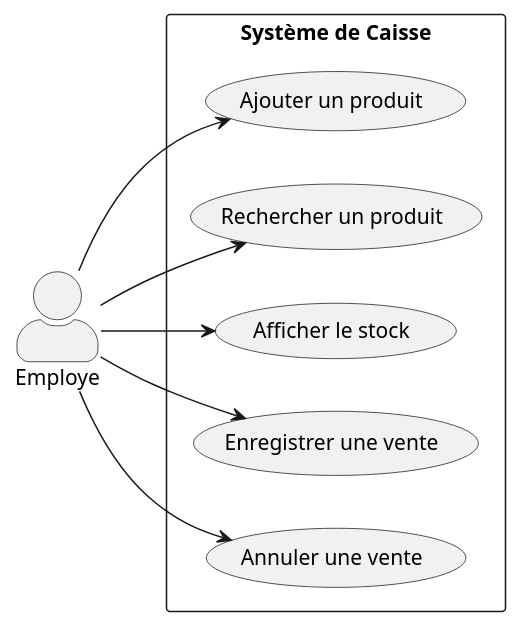
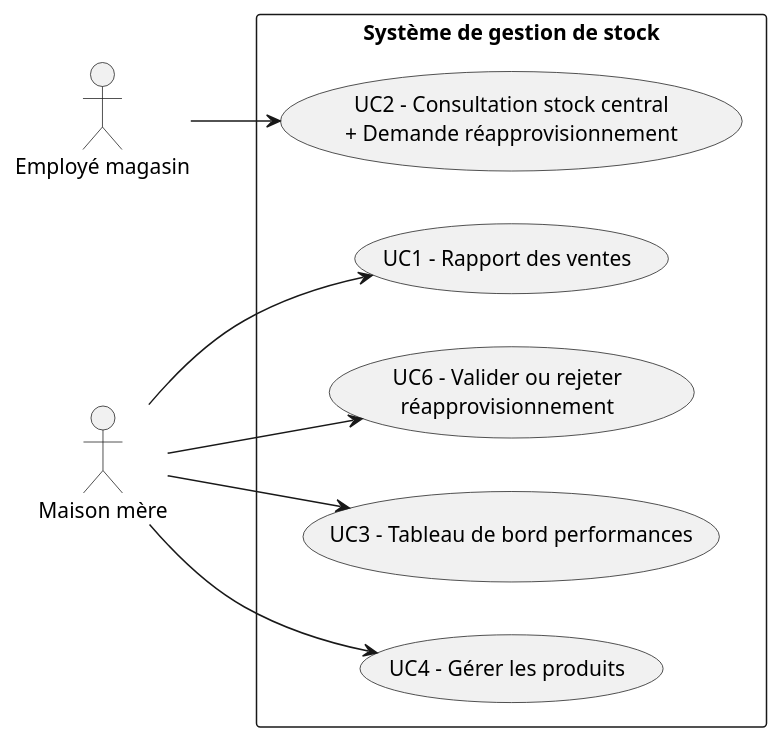
The diagram in docs/UML/vue-cas-utilisation.puml (TalipKoyluoglu/LOG430-Labo3), drawn with PlantUML before and after one commit. The commit also changed 36 other files, not shown here.

```diff
--- a/docs/UML/vue-cas-utilisation.puml
+++ b/docs/UML/vue-cas-utilisation.puml
@@ -1,20 +1,23 @@
-@startuml
+@startuml VueCasUtilisation
 left to right direction
-skinparam actorStyle awesome
+skinparam packageStyle rectangle
 
-actor Employe
+actor "Employé magasin" as Employe
+actor "Maison mère" as Admin
 
-rectangle "Système de Caisse" {
-  usecase "Ajouter un produit" as UC1
-  usecase "Rechercher un produit" as UC2
-  usecase "Afficher le stock" as UC3
-  usecase "Enregistrer une vente" as UC4
-  usecase "Annuler une vente" as UC5
+package "Système de gestion de stock" {
+    usecase "UC1 - Rapport des ventes" as UC1
+    usecase "UC2 - Consultation stock central\n+ Demande réapprovisionnement" as UC2
+    usecase "UC3 - Tableau de bord performances" as UC3
+    usecase "UC4 - Gérer les produits" as UC4
+    usecase "UC6 - Valider ou rejeter\nréapprovisionnement" as UC6
 }
 
-Employe --> UC1
+Admin --> UC1
+Admin --> UC3
+Admin --> UC4
+Admin --> UC6
+
 Employe --> UC2
-Employe --> UC3
-Employe --> UC4
-Employe --> UC5
+
 @enduml
```
